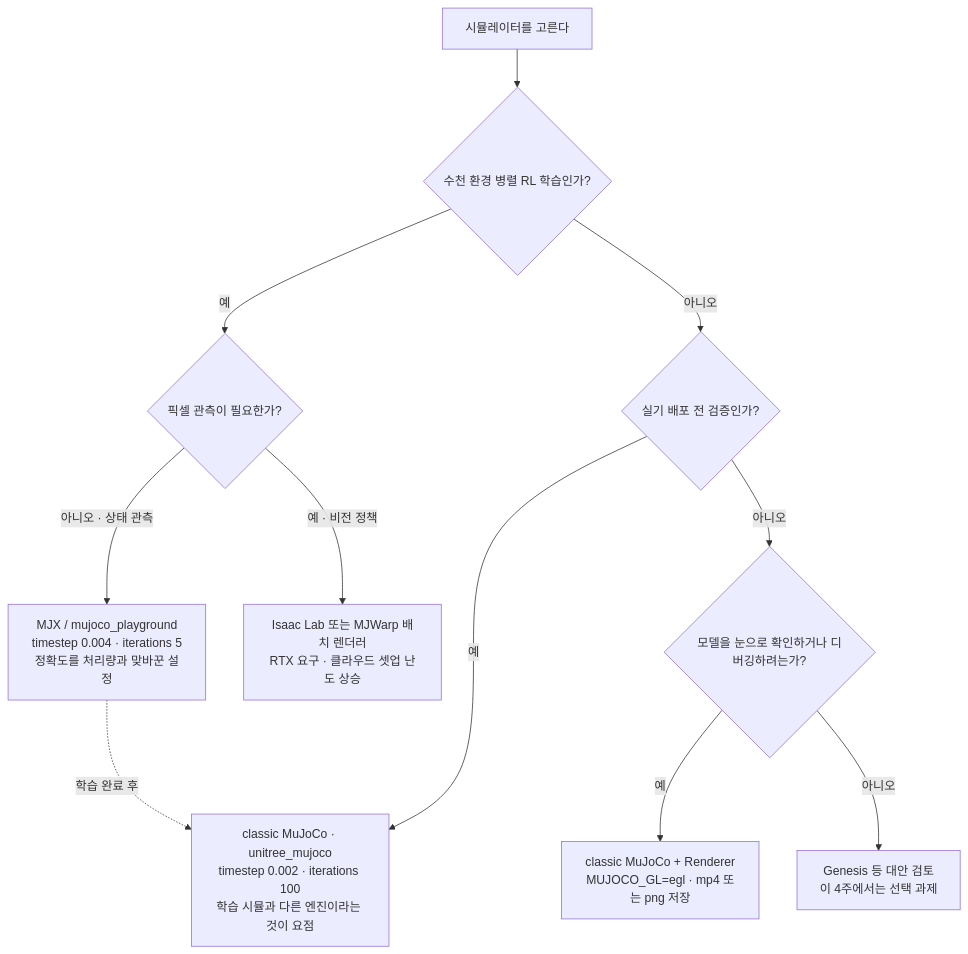
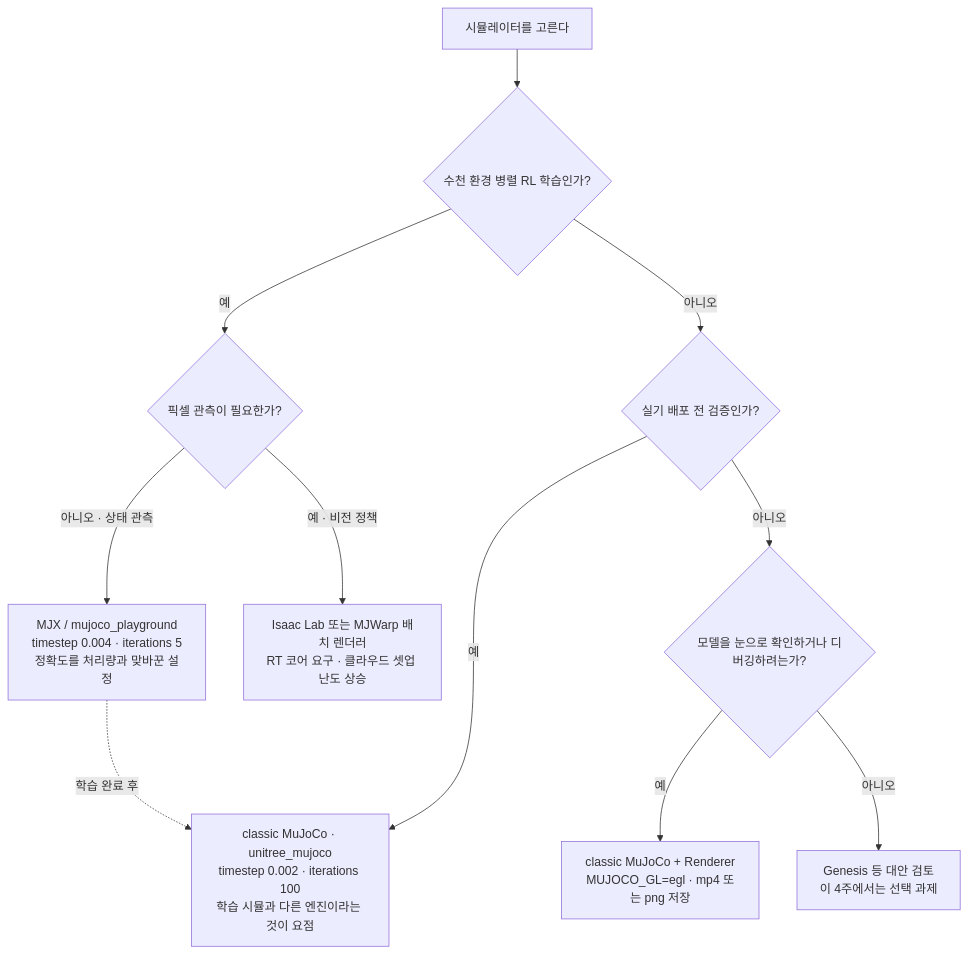
The second of 5 diagrams in course/w1-generative-core/02-simulator-bootcamp/lesson.md (sguys99/physical-ai-study), drawn with Mermaid before and after one commit. The commit also changed other lines of this file and 8 other files, not shown here.

````diff
--- a/course/w1-generative-core/02-simulator-bootcamp/lesson.md
+++ b/course/w1-generative-core/02-simulator-bootcamp/lesson.md
@@ -99,13 +143,13 @@
 ```mermaid
 flowchart TD
     START["시뮬레이터를 고른다"] --> Q1{"수천 환경 병렬 RL 학습인가?"}
     Q1 -- "예" --> Q3{"픽셀 관측이 필요한가?"}
     Q1 -- "아니오" --> Q2{"실기 배포 전 검증인가?"}
     Q3 -- "아니오 · 상태 관측" --> MJX["MJX / mujoco_playground<br/>timestep 0.004 · iterations 5<br/>정확도를 처리량과 맞바꾼 설정"]
-    Q3 -- "예 · 비전 정책" --> ISAAC["Isaac Lab 또는 MJWarp 배치 렌더러<br/>RTX 요구 · 클라우드 셋업 난도 상승"]
+    Q3 -- "예 · 비전 정책" --> ISAAC["Isaac Lab 또는 MJWarp 배치 렌더러<br/>RT 코어 요구 · 클라우드 셋업 난도 상승"]
     Q2 -- "예" --> SIM2SIM["classic MuJoCo · unitree_mujoco<br/>timestep 0.002 · iterations 100<br/>학습 시뮬과 다른 엔진이라는 것이 요점"]
     Q2 -- "아니오" --> Q4{"모델을 눈으로 확인하거나 디버깅하려는가?"}
     Q4 -- "예" --> CLASSIC["classic MuJoCo + Renderer<br/>MUJOCO_GL=egl · mp4 또는 png 저장"]
     Q4 -- "아니오" --> ETC["Genesis 등 대안 검토<br/>이 4주에서는 선택 과제"]
     MJX -.->|"학습 완료 후"| SIM2SIM
 ```
````
